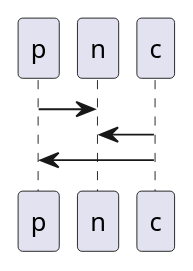
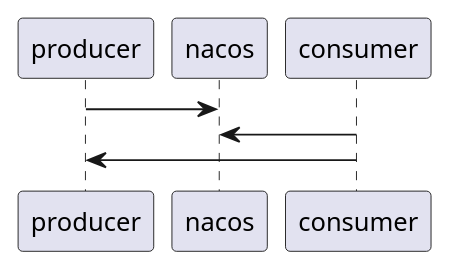
The diagram in README.md (lindong4067/rest-demo), drawn with PlantUML before and after one commit. The commit also changed other lines of this file, not shown here.

````diff
--- a/README.md
+++ b/README.md
@@ -16,5 +16,5 @@
 ```puml
-p -> n
-c -> n
-c -> p
+producer -> nacos
+consumer -> nacos
+consumer -> producer
 ```
````
